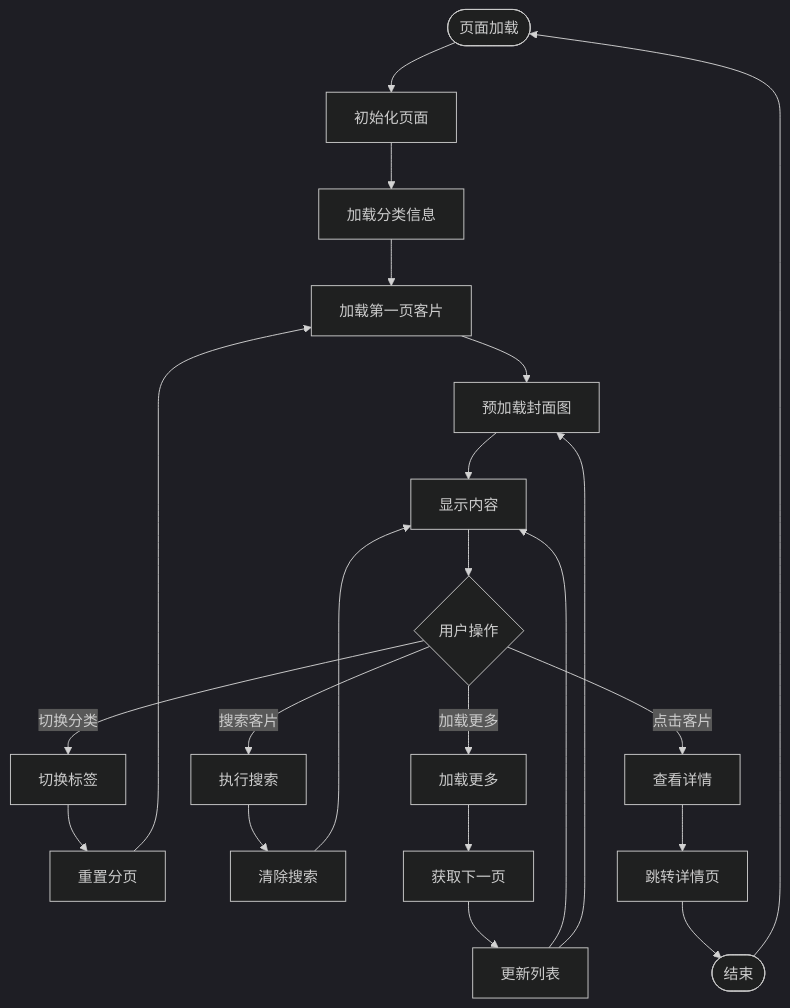
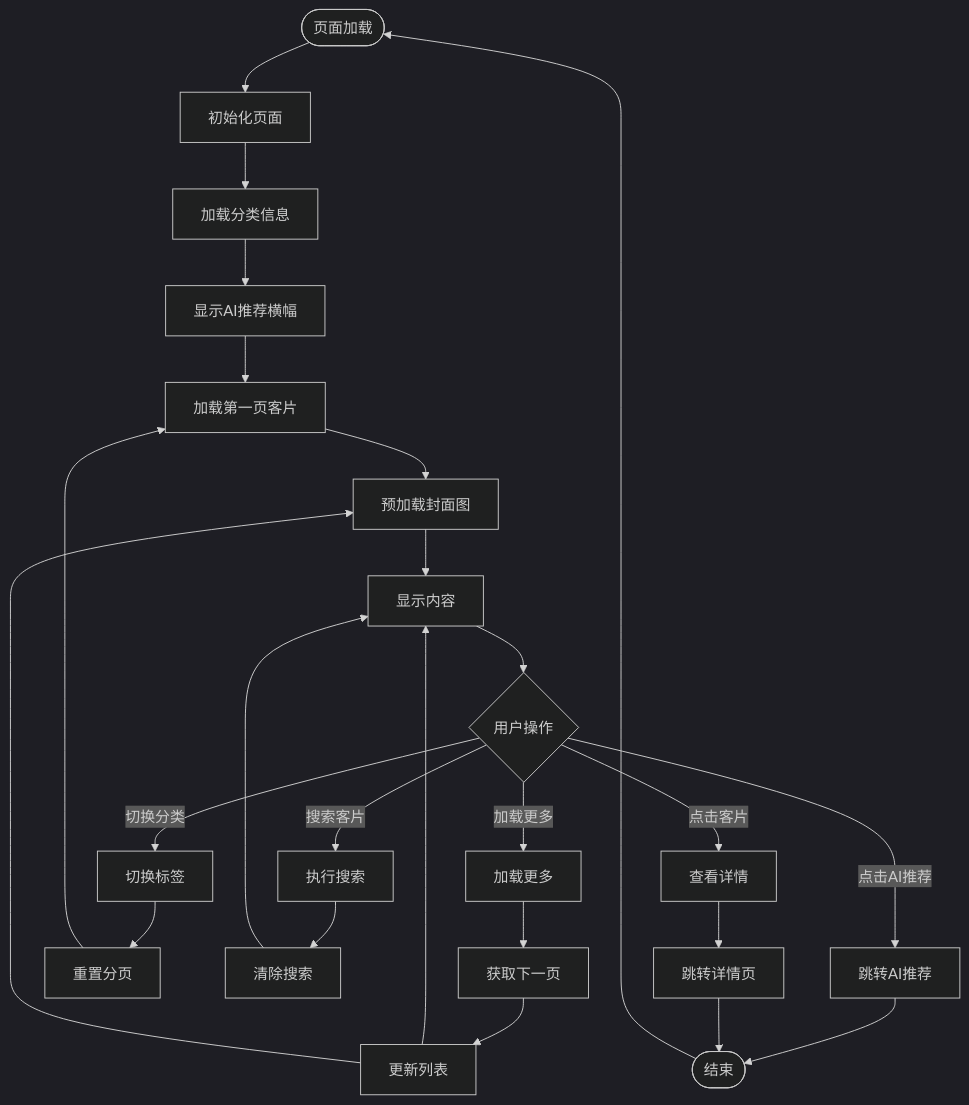
The seventh of 11 diagrams in .qoder/repowiki/zh/content/核心功能模块/客片管理系统/客片列表展示/客片列表展示.md (crazyma99/blueberry), drawn with Mermaid (dark theme) before and after one commit. The commit also changed other lines of this file and 79 other files, not shown here.

````diff
--- a/.qoder/repowiki/zh/content/核心功能模块/客片管理系统/客片列表展示/客片列表展示.md
+++ b/.qoder/repowiki/zh/content/核心功能模块/客片管理系统/客片列表展示/客片列表展示.md
@@ -290,24 +349,27 @@
 ```mermaid
 flowchart TD
 Start([页面加载]) --> Init[初始化页面]
 Init --> LoadCategories[加载分类信息]
-LoadCategories --> LoadFirstPage[加载第一页客片]
+LoadCategories --> ShowBanner[显示AI推荐横幅]
+ShowBanner --> LoadFirstPage[加载第一页客片]
 LoadFirstPage --> PreloadImages[预加载封面图]
 PreloadImages --> ShowContent[显示内容]
 ShowContent --> UserAction{用户操作}
 UserAction --> |切换分类| ChangeTab[切换标签]
 UserAction --> |搜索客片| Search[执行搜索]
 UserAction --> |加载更多| LoadMore[加载更多]
 UserAction --> |点击客片| ClickItem[查看详情]
+UserAction --> |点击AI推荐| GoToAI[跳转AI推荐]
 ChangeTab --> ResetPagination[重置分页]
 ResetPagination --> LoadFirstPage
 Search --> ClearSearch[清除搜索]
 ClearSearch --> ShowContent
 LoadMore --> FetchNextPage[获取下一页]
 FetchNextPage --> UpdateList[更新列表]
 UpdateList --> ShowContent
 ClickItem --> NavigateDetail[跳转详情页]
+GoToAI --> End([结束])
 UpdateList --> PreloadImages
-NavigateDetail --> End([结束])
+NavigateDetail --> End
 End --> Start
 ```
````
